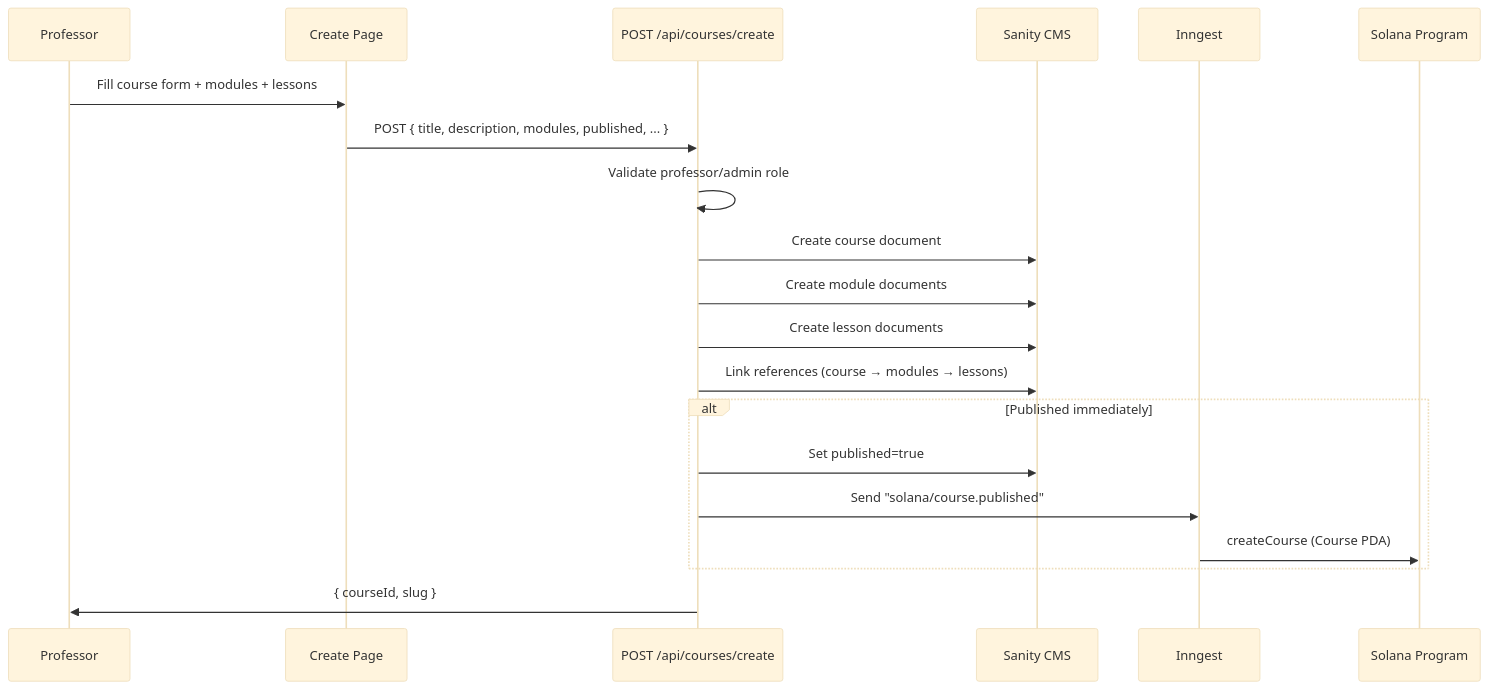
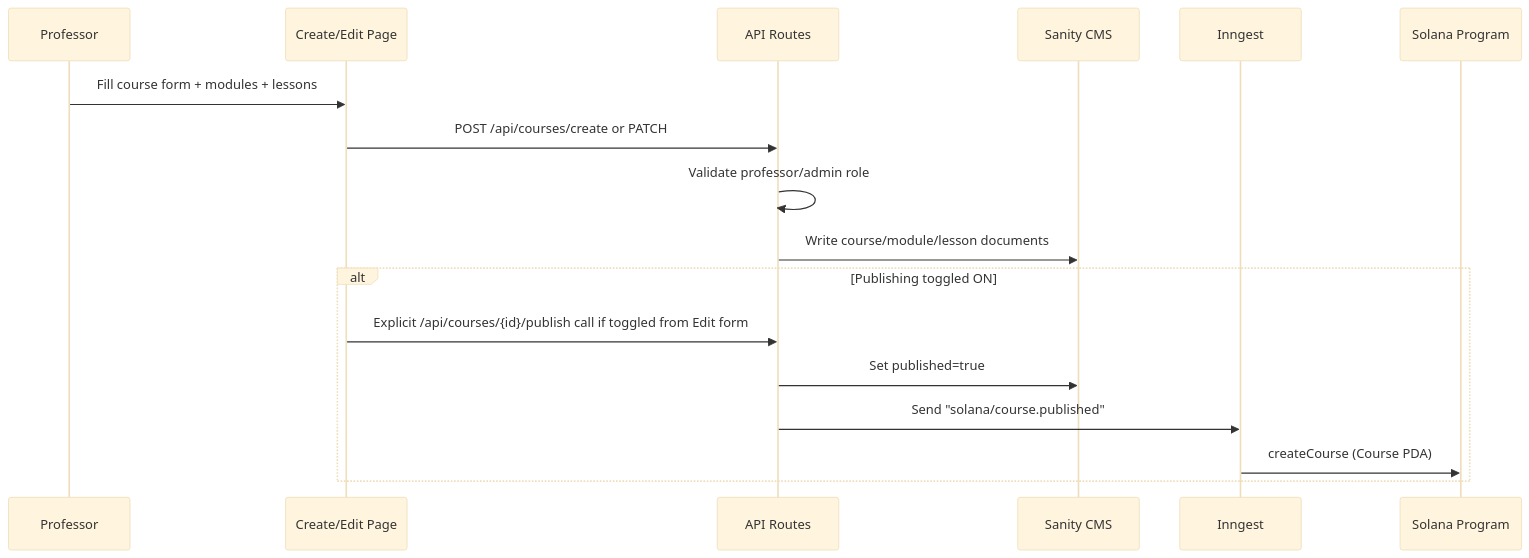
Before and after one commit to solanabr/superteam-academy: the eighth of 8 diagrams in docs/arch_flow_&_performance.md, drawn with Mermaid (base theme). The commit also changed other lines of this file and 150 other files, not shown here.

````diff
--- a/docs/arch_flow_&_performance.md
+++ b/docs/arch_flow_&_performance.md
@@ -672,25 +676,21 @@
 ```mermaid
 sequenceDiagram
     participant Professor
-    participant UI as Create Page
-    participant API as POST /api/courses/create
+    participant UI as Create/Edit Page
+    participant API as API Routes
     participant Sanity as Sanity CMS
     participant Inngest
     participant OnChain as Solana Program
 
     Professor->>UI: Fill course form + modules + lessons
-    UI->>API: POST { title, description, modules, published, ... }
+    UI->>API: POST /api/courses/create or PATCH
     API->>API: Validate professor/admin role
-    API->>Sanity: Create course document
-    API->>Sanity: Create module documents
-    API->>Sanity: Create lesson documents
-    API->>Sanity: Link references (course → modules → lessons)
+    API->>Sanity: Write course/module/lesson documents
     
-    alt Published immediately
+    alt Publishing toggled ON
+        UI->>API: Explicit /api/courses/{id}/publish call if toggled from Edit form
         API->>Sanity: Set published=true
         API->>Inngest: Send "solana/course.published"
         Inngest->>OnChain: createCourse (Course PDA)
     end
-    
-    API->>Professor: { courseId, slug }
 ```
````
